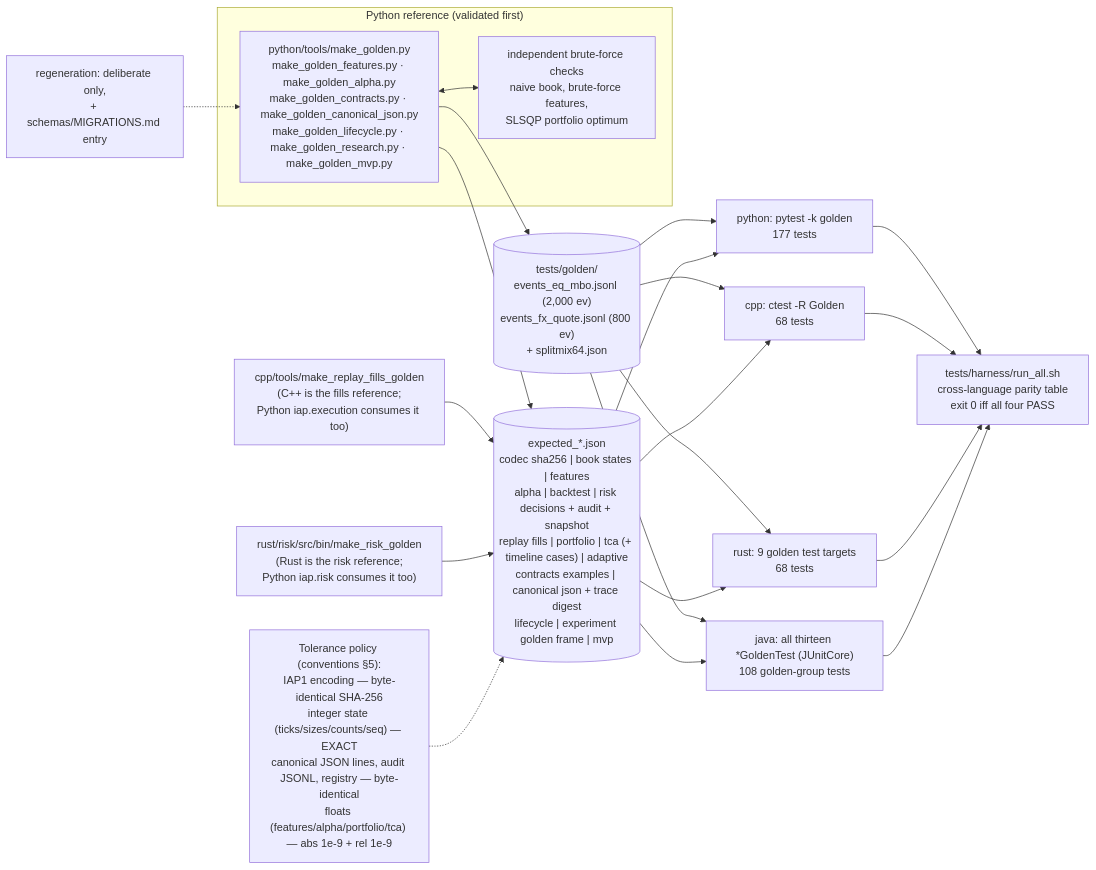
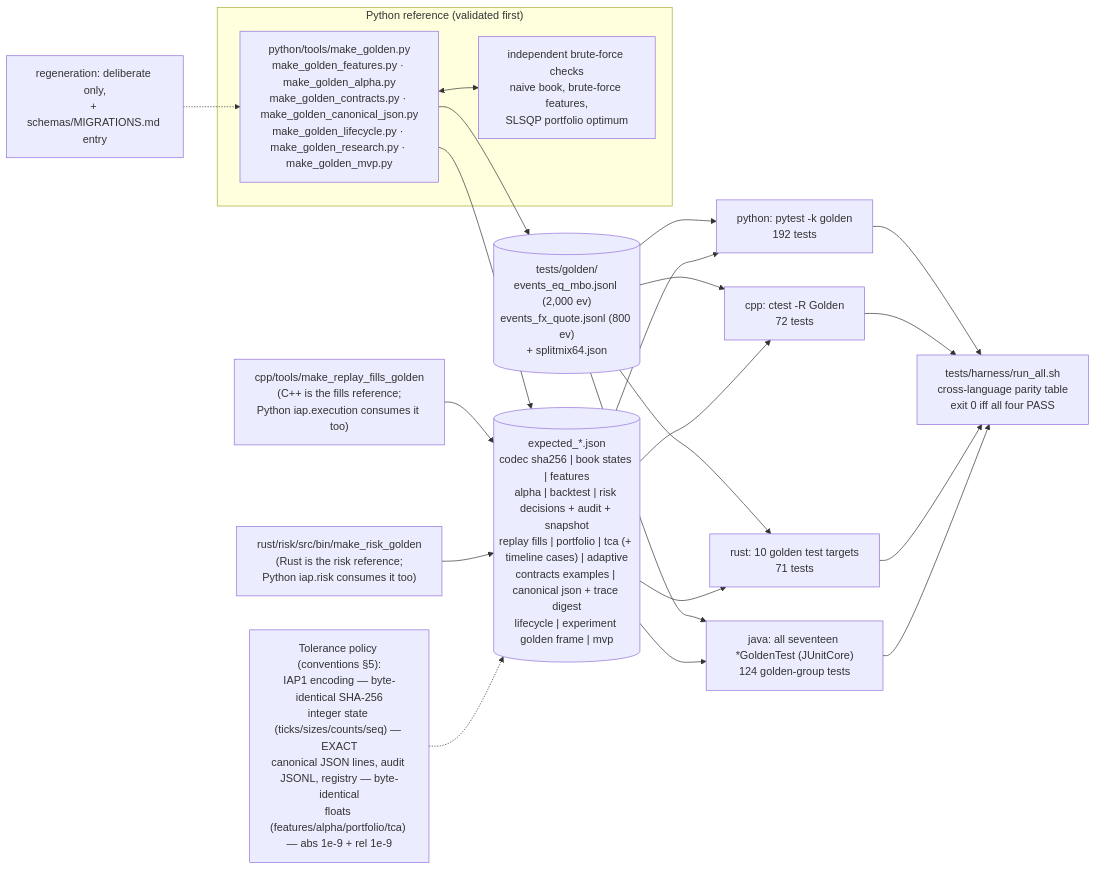
Before and after one commit to AshJha0/intraday-alpha-platform: the diagram in docs/diagrams/golden_topology.mmd, drawn with Mermaid. The commit also changed 26 other files, not shown here.

```diff
--- a/docs/diagrams/golden_topology.mmd
+++ b/docs/diagrams/golden_topology.mmd
@@ -1,24 +1,24 @@
 flowchart LR
     subgraph REF["Python reference (validated first)"]
         MG["python/tools/make_golden.py<br/>make_golden_features.py · make_golden_alpha.py<br/>make_golden_contracts.py · make_golden_canonical_json.py<br/>make_golden_lifecycle.py · make_golden_research.py · make_golden_mvp.py"]
         BF["independent brute-force checks<br/>naive book, brute-force features,<br/>SLSQP portfolio optimum"]
         MG <--> BF
     end
     MG --> GV[("tests/golden/<br/>events_eq_mbo.jsonl (2,000 ev)<br/>events_fx_quote.jsonl (800 ev)<br/>+ splitmix64.json")]
     MG --> EXP[("expected_*.json<br/>codec sha256 | book states | features<br/>alpha | backtest | risk decisions + audit + snapshot<br/>replay fills | portfolio | tca (+ timeline cases) | adaptive<br/>contracts examples | canonical json + trace digest<br/>lifecycle | experiment golden frame | mvp")]
     CPPTOOL["cpp/tools/make_replay_fills_golden<br/>(C++ is the fills reference;<br/>Python iap.execution consumes it too)"] --> EXP
     RSTOOL["rust/risk/src/bin/make_risk_golden<br/>(Rust is the risk reference;<br/>Python iap.risk consumes it too)"] --> EXP
-    GV --> PY["python: pytest -k golden<br/>177 tests"]
-    GV --> CPP["cpp: ctest -R Golden<br/>68 tests"]
-    GV --> RS["rust: 9 golden test targets<br/>68 tests"]
-    GV --> JV["java: all thirteen *GoldenTest (JUnitCore)<br/>108 golden-group tests"]
+    GV --> PY["python: pytest -k golden<br/>192 tests"]
+    GV --> CPP["cpp: ctest -R Golden<br/>72 tests"]
+    GV --> RS["rust: 10 golden test targets<br/>71 tests"]
+    GV --> JV["java: all seventeen *GoldenTest (JUnitCore)<br/>124 golden-group tests"]
     EXP --> PY
     EXP --> CPP
     EXP --> RS
     EXP --> JV
     PY --> TAB["tests/harness/run_all.sh<br/>cross-language parity table<br/>exit 0 iff all four PASS"]
     CPP --> TAB
     RS --> TAB
     JV --> TAB
     TOL["Tolerance policy (conventions §5):<br/>IAP1 encoding — byte-identical SHA-256<br/>integer state (ticks/sizes/counts/seq) — EXACT<br/>canonical JSON lines, audit JSONL, registry — byte-identical<br/>floats (features/alpha/portfolio/tca) — abs 1e-9 + rel 1e-9"] -.-> EXP
     MIG["regeneration: deliberate only,<br/>+ schemas/MIGRATIONS.md entry"] -.-> MG
```
